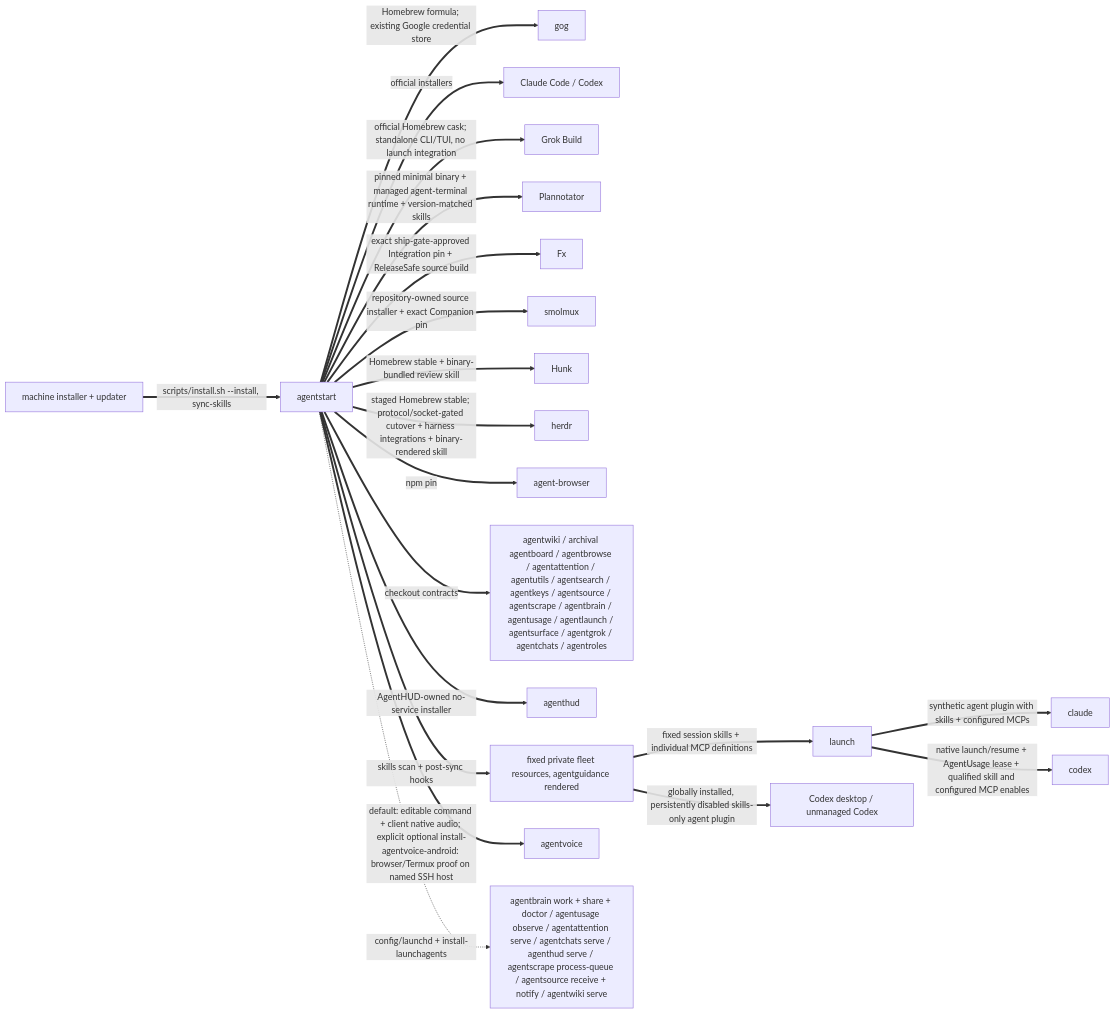
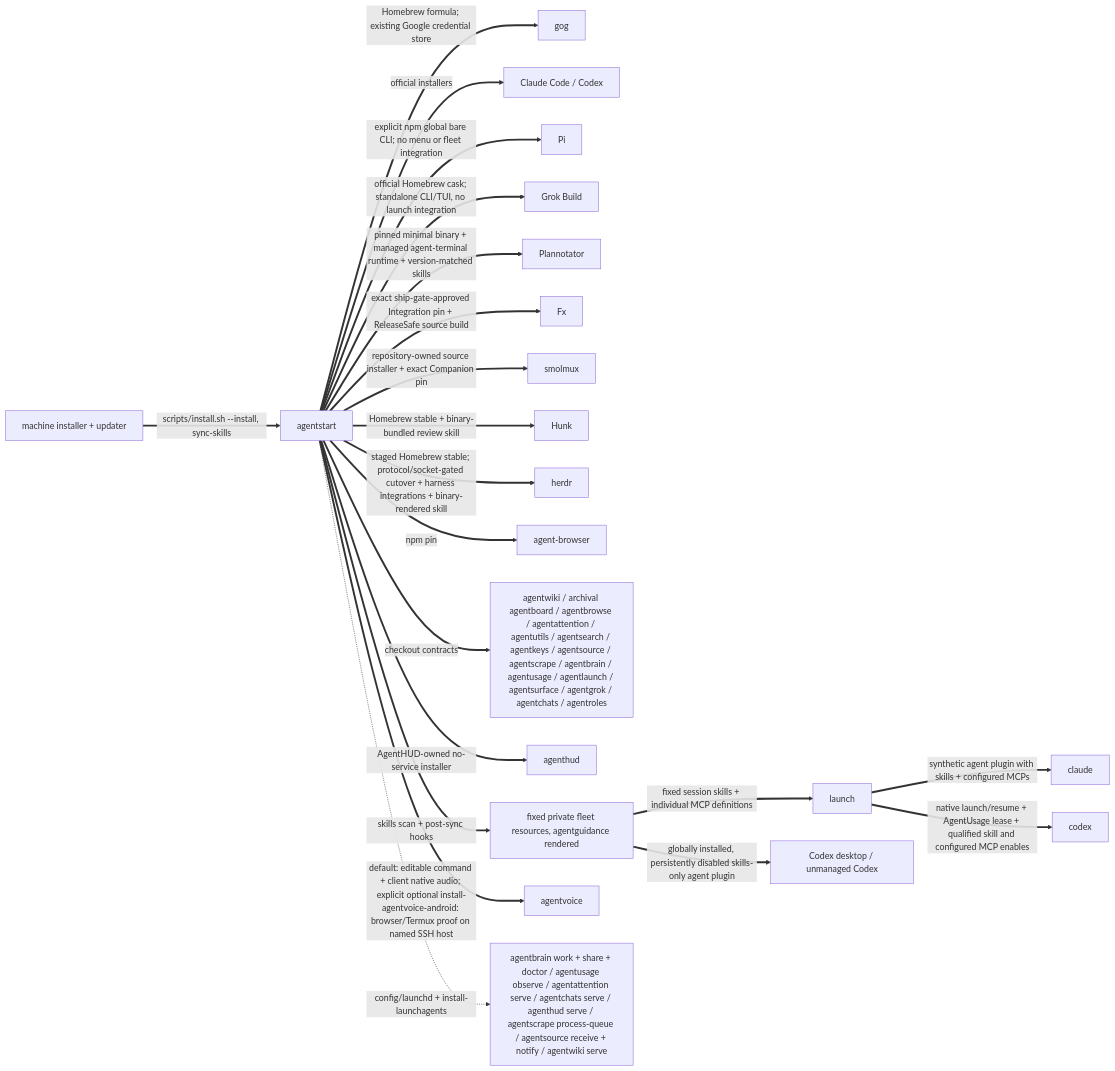
The second of 3 diagrams in skills/fleet/MAP.md (possibilities/agentstart), drawn with Mermaid before and after one commit. The commit also changed other lines of this file and 6 other files, not shown here.

````diff
--- a/skills/fleet/MAP.md
+++ b/skills/fleet/MAP.md
@@ -104,25 +104,26 @@
 ```mermaid
 flowchart LR
     machine[machine installer + updater]
     start[agentstart]
 
     machine ==>|scripts/install.sh --install, sync-skills| start
     start ==>|Homebrew formula; existing Google credential store| gog
     start ==>|official installers| harnesses[Claude Code / Codex]
+    start ==>|explicit npm global bare CLI; no menu or fleet integration| pi[Pi]
     start ==>|official Homebrew cask; standalone CLI/TUI, no launch integration| grok[Grok Build]
     start ==>|pinned minimal binary + managed agent-terminal runtime + version-matched skills| plannotator[Plannotator]
     start ==>|exact ship-gate-approved Integration pin + ReleaseSafe source build| fx[Fx]
     start ==>|repository-owned source installer + exact Companion pin| smolmuxInstall[smolmux]
     start ==>|Homebrew stable + binary-bundled review skill| hunk[Hunk]
     start ==>|staged Homebrew stable; protocol/socket-gated cutover + harness integrations + binary-rendered skill| herdrInstall[herdr]
     start ==>|npm pin| browser[agent-browser]
     start ==>|checkout contracts| fleet[agentwiki / archival agentboard / agentbrowse / agentattention / agentutils / agentsearch / agentkeys / agentsource / agentscrape / agentbrain / agentusage / agentlaunch / agentsurface / agentgrok / agentchats / agentroles]
     start ==>|AgentHUD-owned no-service installer| hudInstall[agenthud]
     start ==>|skills scan + post-sync hooks| skills[fixed private fleet resources, agentguidance rendered]
     start ==>|default: editable command + client native audio; explicit optional install-agentvoice-android: browser/Termux proof on named SSH host| voiceInstall[agentvoice]
     skills ==>|fixed session skills + individual MCP definitions| launch
     launch ==>|synthetic agent plugin with skills + configured MCPs| claude
     launch ==>|native launch/resume + AgentUsage lease + qualified skill and configured MCP enables| codex
     skills ==>|globally installed, persistently disabled skills-only agent plugin| codexDesktop[Codex desktop / unmanaged Codex]
     start -.->|config/launchd + install-launchagents| services[agentbrain work + share + doctor / agentusage observe / agentattention serve / agentchats serve / agenthud serve / agentscrape process-queue / agentsource receive + notify / agentwiki serve]
 ```
````
